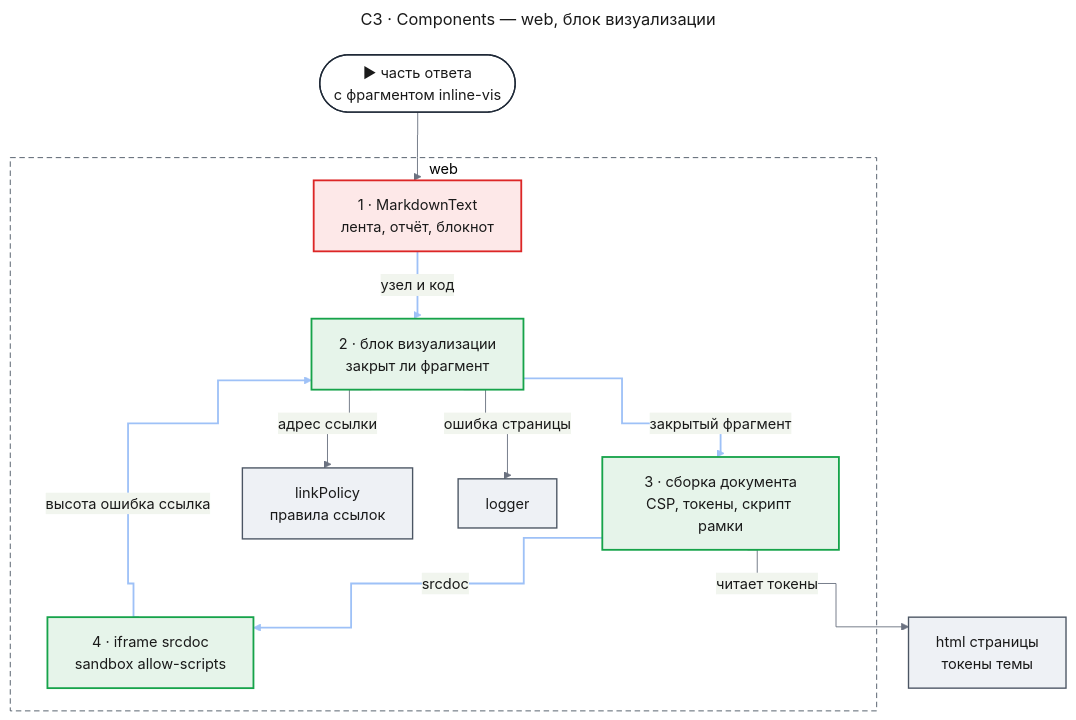
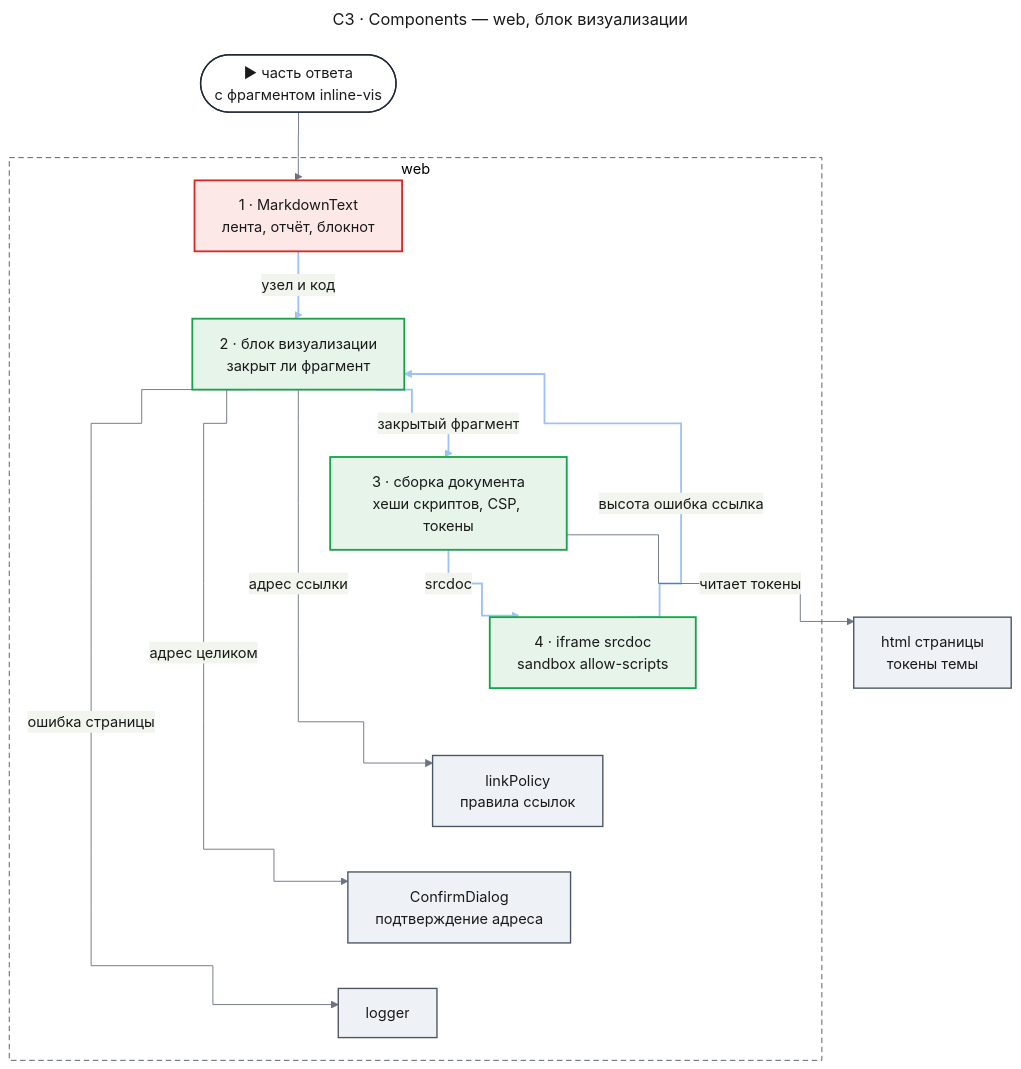
Before and after one commit to tundraray/agent-os: the second of 6 diagrams in docs/features/theming/design-inline-vis.md, drawn with Mermaid. The commit also changed other lines of this file, not shown here.

Commit message:
docs: block WebRTC by script hashes and confirm links in the visualization design

````diff
--- a/docs/features/theming/design-inline-vis.md
+++ b/docs/features/theming/design-inline-vis.md
@@ -219,54 +266,57 @@
 ```mermaid
 ---
 title: "C3 · Components — web, блок визуализации"
 config:
   theme: base
   look: classic
   themeVariables:
     primaryColor: "#eef1f5"
     primaryBorderColor: "#4b5563"
     primaryTextColor: "#1a1a1a"
     lineColor: "#6b7280"
   flowchart:
     curve: step
   themeCSS: |
     @keyframes litr_iv3{0%,22.5%{stroke:#1d4ed8;stroke-width:6px}25%,100%{stroke:#9ec1f7;stroke-width:2px}}
 ---
 flowchart TB
     entry(["▶ часть ответа<br/>с фрагментом inline-vis"])
     subgraph webb["web"]
         md["1 · MarkdownText<br/>лента, отчёт, блокнот"]
         block["2 · блок визуализации<br/>закрыт ли фрагмент"]
-        doc["3 · сборка документа<br/>CSP, токены, скрипт рамки"]
+        doc["3 · сборка документа<br/>хеши скриптов, CSP, токены"]
         iframe["4 · iframe srcdoc<br/>sandbox allow-scripts"]
         links["linkPolicy<br/>правила ссылок"]
+        confirm["ConfirmDialog<br/>подтверждение адреса"]
         logger["logger"]
     end
     html["html страницы<br/>токены темы"]
     entry --> md
     md e1@-->|"узел и код"| block
     block e2@-->|"закрытый фрагмент"| doc
     doc e3@-->|"srcdoc"| iframe
     iframe e4@-->|"высота ошибка ссылка"| block
     doc -->|"читает токены"| html
     block -->|"адрес ссылки"| links
+    block -->|"адрес целиком"| confirm
     block -->|"ошибка страницы"| logger
+    iframe ~~~ links ~~~ confirm ~~~ logger
     classDef entry fill:#ffffff,stroke:#1f2937,stroke-width:1.5px,color:#1a1a1a
     classDef changed fill:#fde8e8,stroke:#dc2626,stroke-width:2px,color:#1a1a1a
     classDef new fill:#e6f4ea,stroke:#16a34a,stroke-width:2px,color:#1a1a1a
     classDef unchanged fill:#eef1f5,stroke:#4b5563,stroke-width:1.5px,color:#1a1a1a
     classDef boundary fill:none,stroke:#4b5563,stroke-width:1px,stroke-dasharray:6 4
     classDef r1 stroke:#9ec1f7,stroke-width:2px,animation:litr_iv3 4.8s linear 0s infinite
     classDef r2 stroke:#9ec1f7,stroke-width:2px,animation:litr_iv3 4.8s linear 1.2s infinite
     classDef r3 stroke:#9ec1f7,stroke-width:2px,animation:litr_iv3 4.8s linear 2.4s infinite
     classDef r4 stroke:#9ec1f7,stroke-width:2px,animation:litr_iv3 4.8s linear 3.6s infinite
     class entry entry
     class md changed
     class block,doc,iframe new
-    class links,logger,html unchanged
+    class links,confirm,logger,html unchanged
     class webb boundary
     class e1 r1
     class e2 r2
     class e3 r3
     class e4 r4
 ```
````
